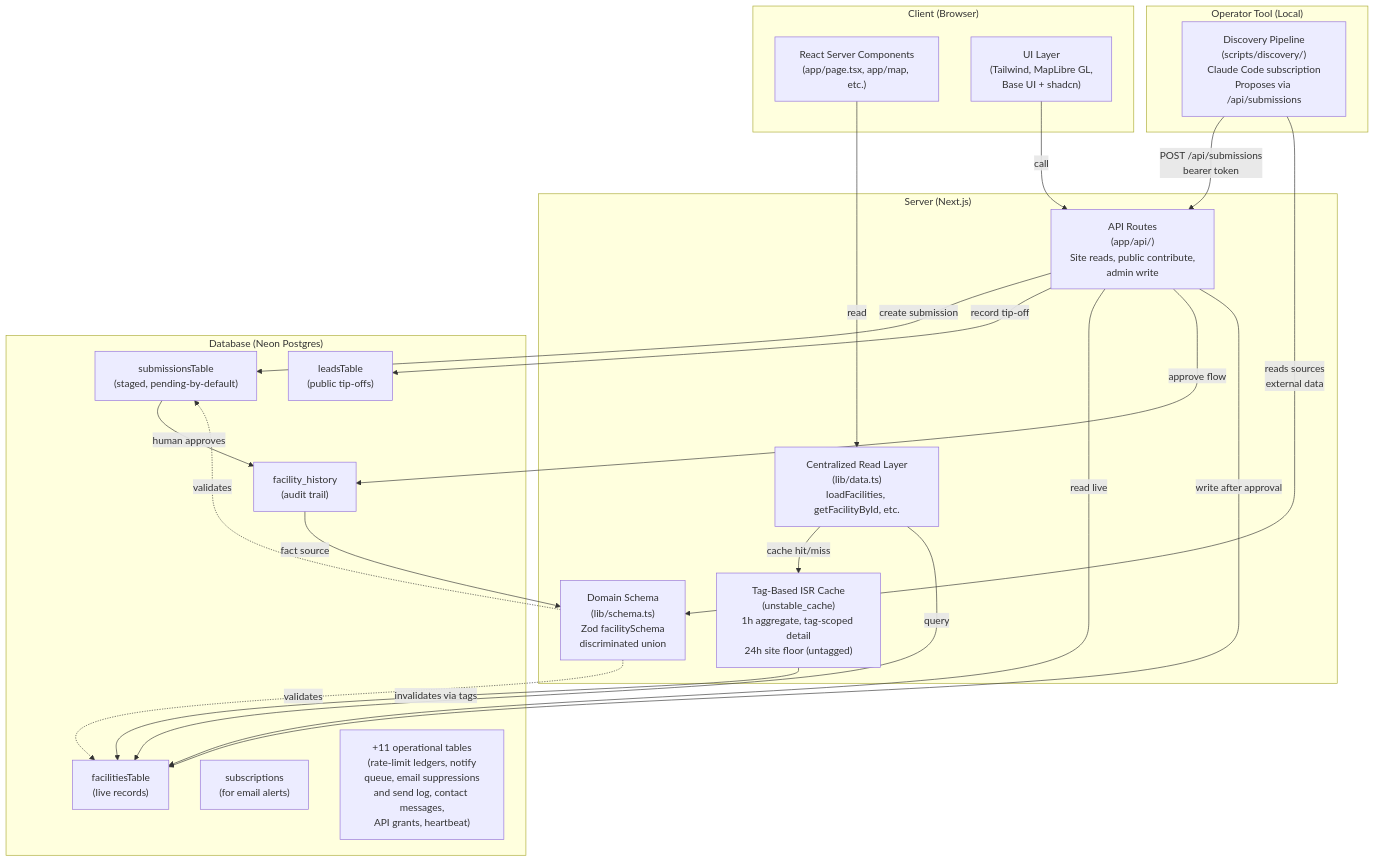
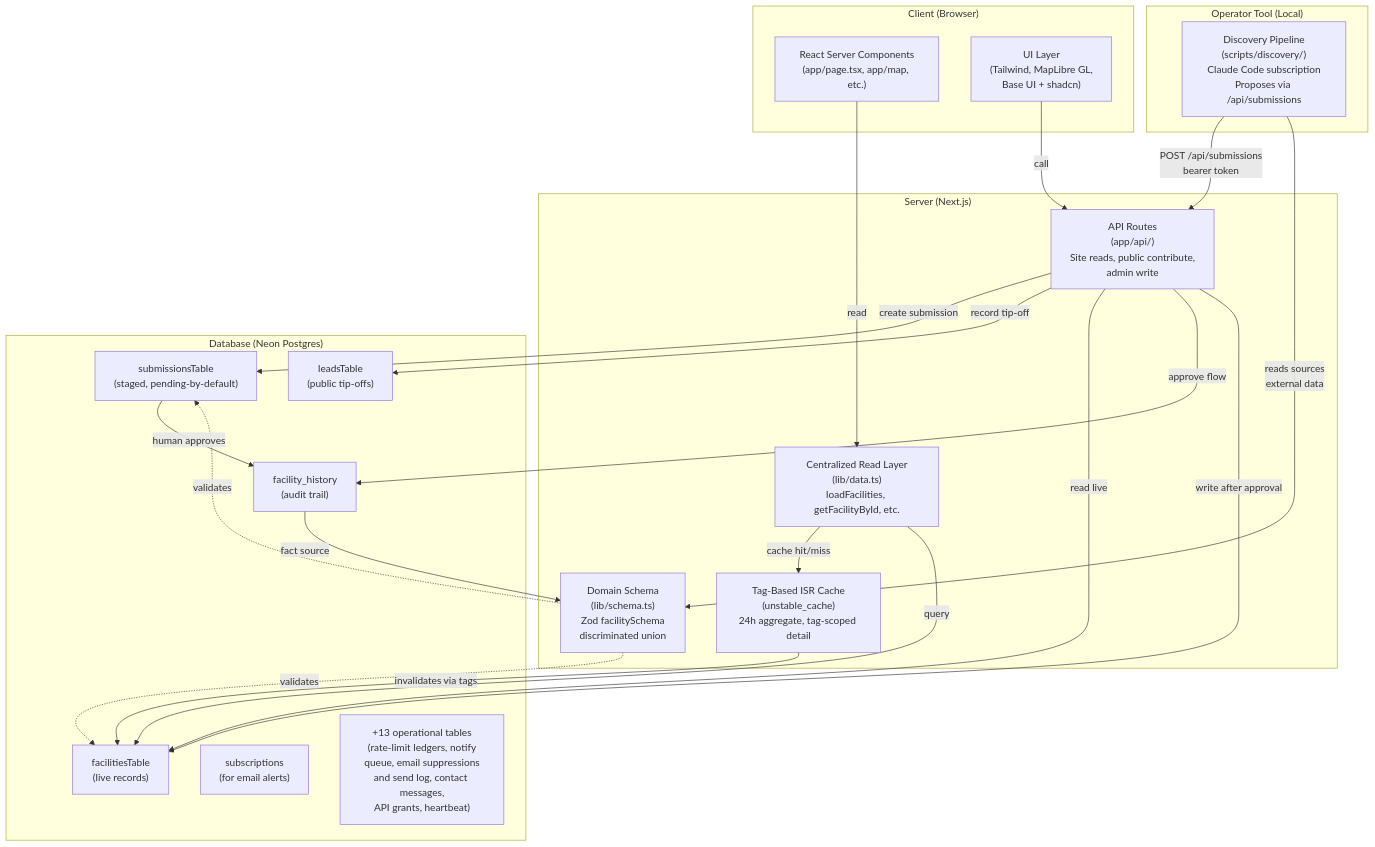
Before and after one commit to ek33450505/compute-atlas: the diagram in ARCHITECTURE.md, drawn with Mermaid. The commit also changed other lines of this file and 82 other files, not shown here.

````diff
--- a/ARCHITECTURE.md
+++ b/ARCHITECTURE.md
@@ -119,48 +119,48 @@
 ```mermaid
 graph TB
     subgraph "Client (Browser)"
         RSC["React Server Components<br/>(app/page.tsx, app/map, etc.)"]
         UI["UI Layer<br/>(Tailwind, MapLibre GL,<br/>Base UI + shadcn)"]
     end
 
     subgraph "Server (Next.js)"
         Data["Centralized Read Layer<br/>(lib/data.ts)<br/>loadFacilities, getFacilityById, etc."]
-        Cache["Tag-Based ISR Cache<br/>(unstable_cache)<br/>1h aggregate, tag-scoped detail<br/>24h site floor (untagged)"]
+        Cache["Tag-Based ISR Cache<br/>(unstable_cache)<br/>24h aggregate, tag-scoped detail"]
         Schema["Domain Schema<br/>(lib/schema.ts)<br/>Zod facilitySchema<br/>discriminated union"]
         API["API Routes<br/>(app/api/)<br/>Site reads, public contribute,<br/>admin write"]
     end
 
     subgraph "Database (Neon Postgres)"
         Live["facilitiesTable<br/>(live records)"]
         Submissions["submissionsTable<br/>(staged, pending-by-default)"]
         History["facility_history<br/>(audit trail)"]
         Subs["subscriptions<br/>(for email alerts)"]
         Leads["leadsTable<br/>(public tip-offs)"]
-        Ops["+11 operational tables<br/>(rate-limit ledgers, notify<br/>queue, email suppressions<br/>and send log, contact messages,<br/>API grants, heartbeat)"]
+        Ops["+13 operational tables<br/>(rate-limit ledgers, notify<br/>queue, email suppressions<br/>and send log, contact messages,<br/>API grants, heartbeat)"]
     end
 
     subgraph "Operator Tool (Local)"
         Pipeline["Discovery Pipeline<br/>(scripts/discovery/)<br/>Claude Code subscription<br/>Proposes via /api/submissions"]
     end
 
     RSC -->|read| Data
     Data -->|cache hit/miss| Cache
     Data -->|query| Live
     Cache -->|invalidates via tags| Live
 
     UI -->|call| API
     API -->|create submission| Submissions
     API -->|record tip-off| Leads
     API -->|read live| Live
     API -->|approve flow| History
     API -->|write after approval| Live
 
     Submissions -->|human approves| History
     History -->|fact source| Schema
 
     Pipeline -->|POST /api/submissions<br/>bearer token| API
     Pipeline -->|reads sources<br/>external data| Schema
 
     Schema -.->|validates| Live
     Schema -.->|validates| Submissions
 ```
````
